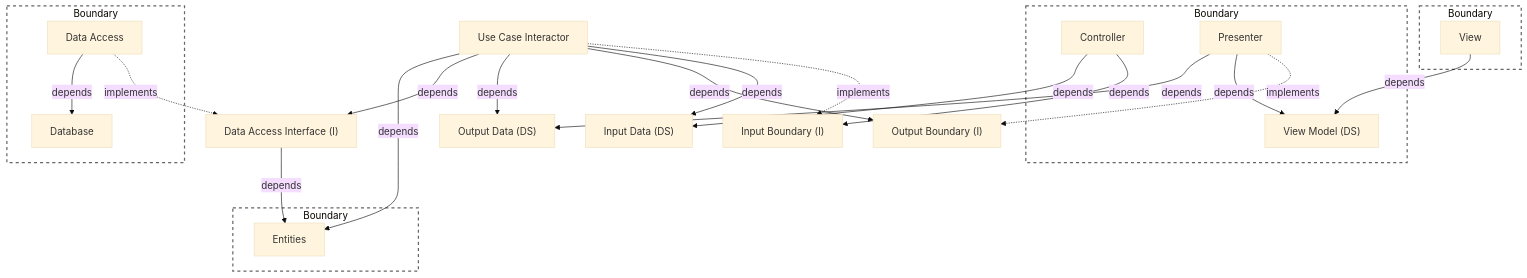
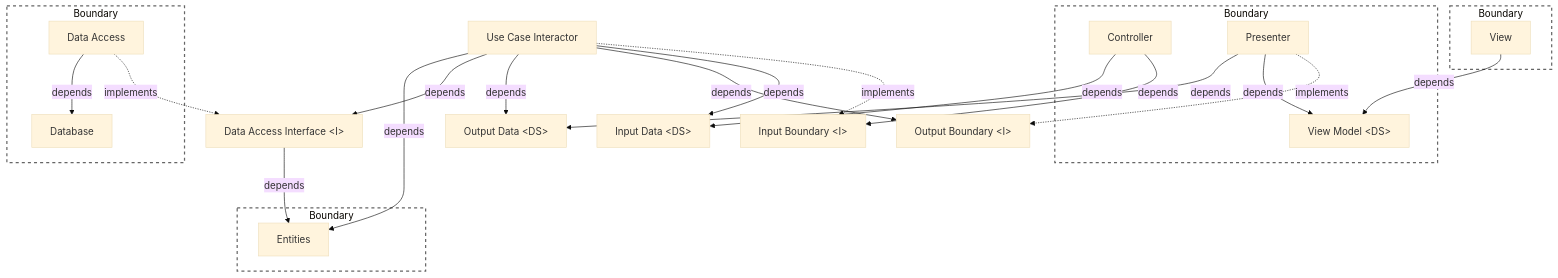
One commit to clean-reactive/documentation changed the ninth of 16 diagrams in docs/architecture.md. Above: the diagram before and after it, drawn with Mermaid (base theme). The commit also changed other lines of this file, not shown here.

Commit message:
Architecture: fix mermaid <>

````diff
--- a/docs/architecture.md
+++ b/docs/architecture.md
@@ -622,59 +622,59 @@
 ```mermaid
 graph TD
 
 subgraph B1["Boundary"]
-C[Controller]
-P[Presenter]
-VM["View Model (DS)"]
+C["Controller"]
+P["Presenter"]
+VM["View Model &lt;DS&gt;"]
 end
 
-ID["Input Data (DS)"]
-IB["Input Boundary (I)"]
+ID["Input Data &lt;DS&gt;"]
+IB["Input Boundary &lt;I&gt;"]
 
-OD["Output Data (DS)"]
-OB["Output Boundary (I)"]
+OD["Output Data &lt;DS&gt;"]
+OB["Output Boundary &lt;I&gt;"]
 
 subgraph B2["Boundary"]
-V[View]
+V["View"]
 end
 
-UC[Use Case Interactor]
+UC["Use Case Interactor"]
 
-DAI["Data Access Interface (I)"]
+DAI["Data Access Interface &lt;I&gt;"]
 
 subgraph B3["Boundary"]
-DA[Data Access]
-DB[Database]
+DA["Data Access"]
+DB["Database"]
 end
 
 subgraph B4["Boundary"]
-E[Entities]
+E["Entities"]
 end
 
 %% implementation relations
 P -. implements .-> OB
 UC -. implements .-> IB
 DA -. implements .-> DAI
 
 
 %% dependency relations
 C -- depends --> IB
 C -- depends --> ID
 
 P -- depends --> VM
 P -- depends --> OD
 
 V -- depends --> VM
 
 UC -- depends --> ID
 UC -- depends --> OB
 UC -- depends --> OD
 UC -- depends --> DAI
 UC -- depends --> E
 
 DAI -- depends --> E
 DA -- depends --> DB
 
 classDef boundary fill:none,stroke:#666,stroke-width:2px,stroke-dasharray: 5 5;
 class B1,B2,B3,B4 boundary;
 ```
````
